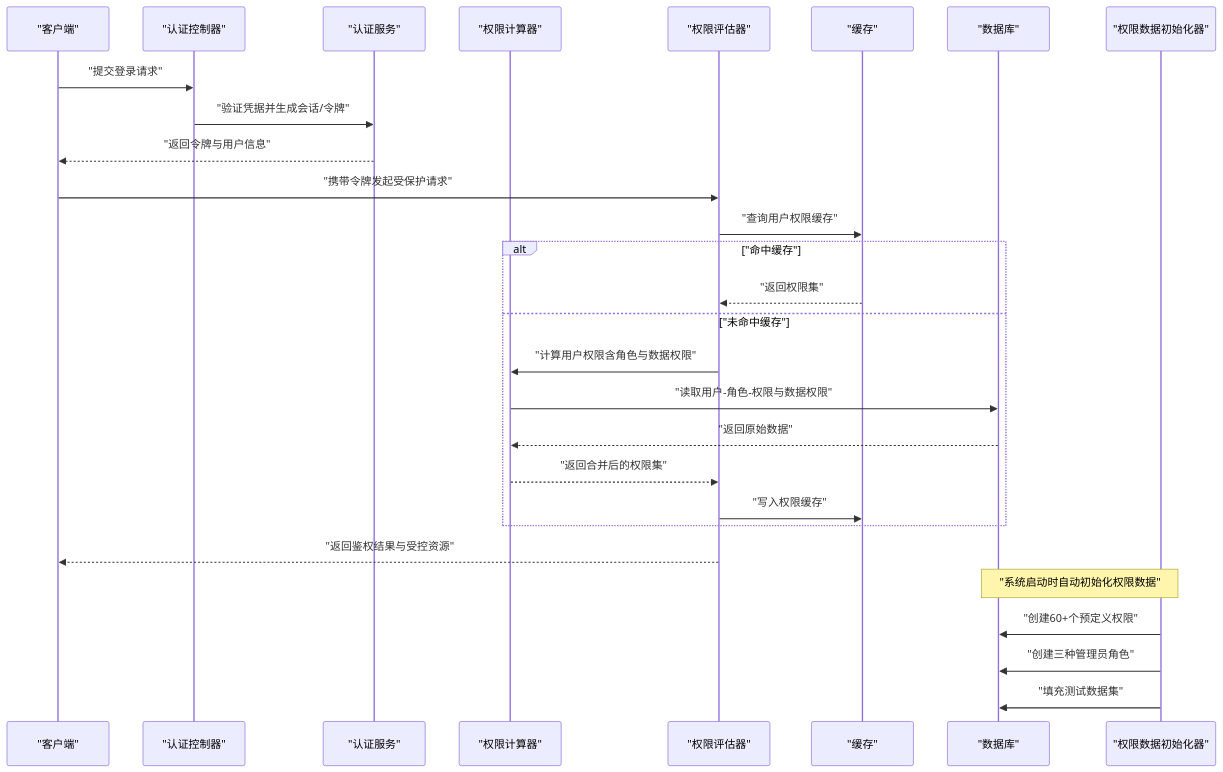
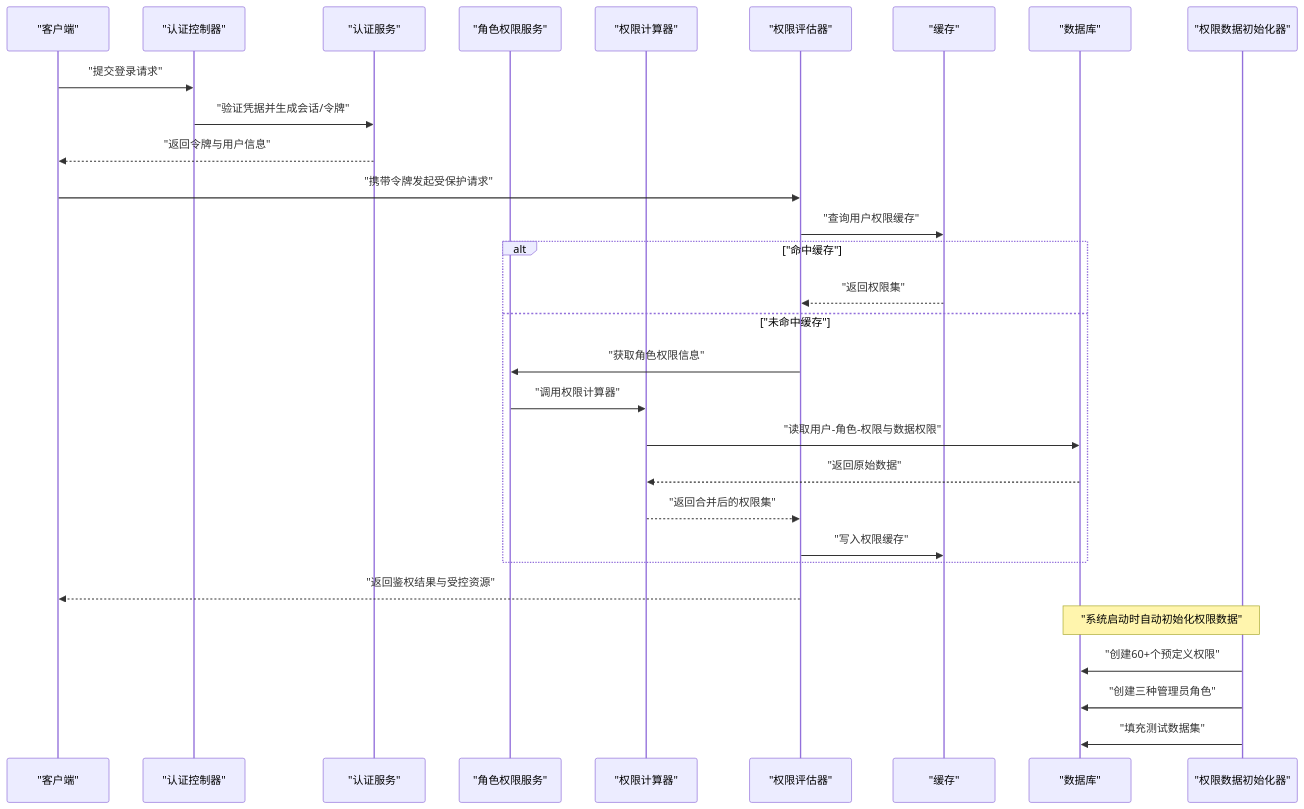
One commit to liming-lihaini/workflow changed the second of 10 diagrams in .qoder/repowiki/zh/content/权限控制系统/权限控制系统.md. Above: the diagram before and after it, drawn with Mermaid. The commit also changed other lines of this file and 57 other files, not shown here.

````diff
--- a/.qoder/repowiki/zh/content/权限控制系统/权限控制系统.md
+++ b/.qoder/repowiki/zh/content/权限控制系统/权限控制系统.md
@@ -215,30 +224,32 @@
 ```mermaid
 sequenceDiagram
 participant Client as "客户端"
 participant AuthC as "认证控制器"
 participant AuthS as "认证服务"
+participant RoleSvc as "角色权限服务"
 participant Calc as "权限计算器"
 participant Eval as "权限评估器"
 participant Cache as "缓存"
 participant DB as "数据库"
 participant Init as "权限数据初始化器"
 Client->>AuthC : "提交登录请求"
 AuthC->>AuthS : "验证凭据并生成会话/令牌"
 AuthS-->>Client : "返回令牌与用户信息"
 Client->>Eval : "携带令牌发起受保护请求"
 Eval->>Cache : "查询用户权限缓存"
 alt "命中缓存"
 Cache-->>Eval : "返回权限集"
 else "未命中缓存"
-Eval->>Calc : "计算用户权限含角色与数据权限"
+Eval->>RoleSvc : "获取角色权限信息"
+RoleSvc->>Calc : "调用权限计算器"
 Calc->>DB : "读取用户-角色-权限与数据权限"
 DB-->>Calc : "返回原始数据"
 Calc-->>Eval : "返回合并后的权限集"
 Eval->>Cache : "写入权限缓存"
 end
 Eval-->>Client : "返回鉴权结果与受控资源"
 Note over Init,DB : "系统启动时自动初始化权限数据"
 Init->>DB : "创建60+个预定义权限"
 Init->>DB : "创建三种管理员角色"
 Init->>DB : "填充测试数据集"
 ```
````
